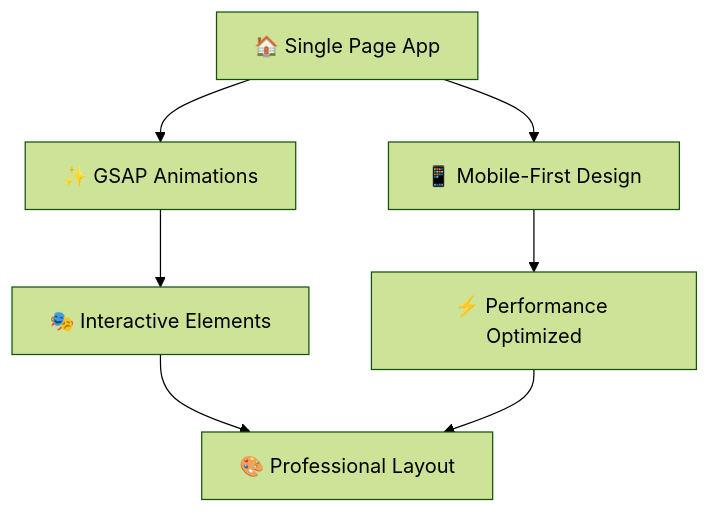
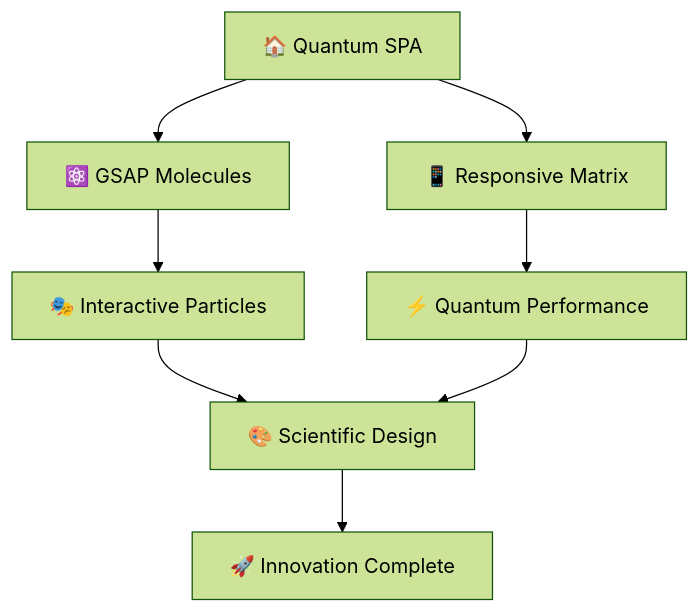
The diagram in README.md (DhanaBalan2001/Portfolio-2.0), drawn with Mermaid (forest theme) before and after one commit. The commit also changed other lines of this file, not shown here.

````diff
--- a/README.md
+++ b/README.md
@@ -198,9 +230,10 @@
 ```mermaid
 graph TD
-    A[🏠 Single Page App] --> B[✨ GSAP Animations]
-    A --> C[📱 Mobile-First Design]
-    B --> D[🎭 Interactive Elements]
-    C --> E[⚡ Performance Optimized]
-    D --> F[🎨 Professional Layout]
+    A[🏠 Quantum SPA] --> B[⚛️ GSAP Molecules]
+    A --> C[📱 Responsive Matrix]
+    B --> D[🎭 Interactive Particles]
+    C --> E[⚡ Quantum Performance]
+    D --> F[🎨 Scientific Design]
     E --> F
+    F --> G[🚀 Innovation Complete]
 ```
````
